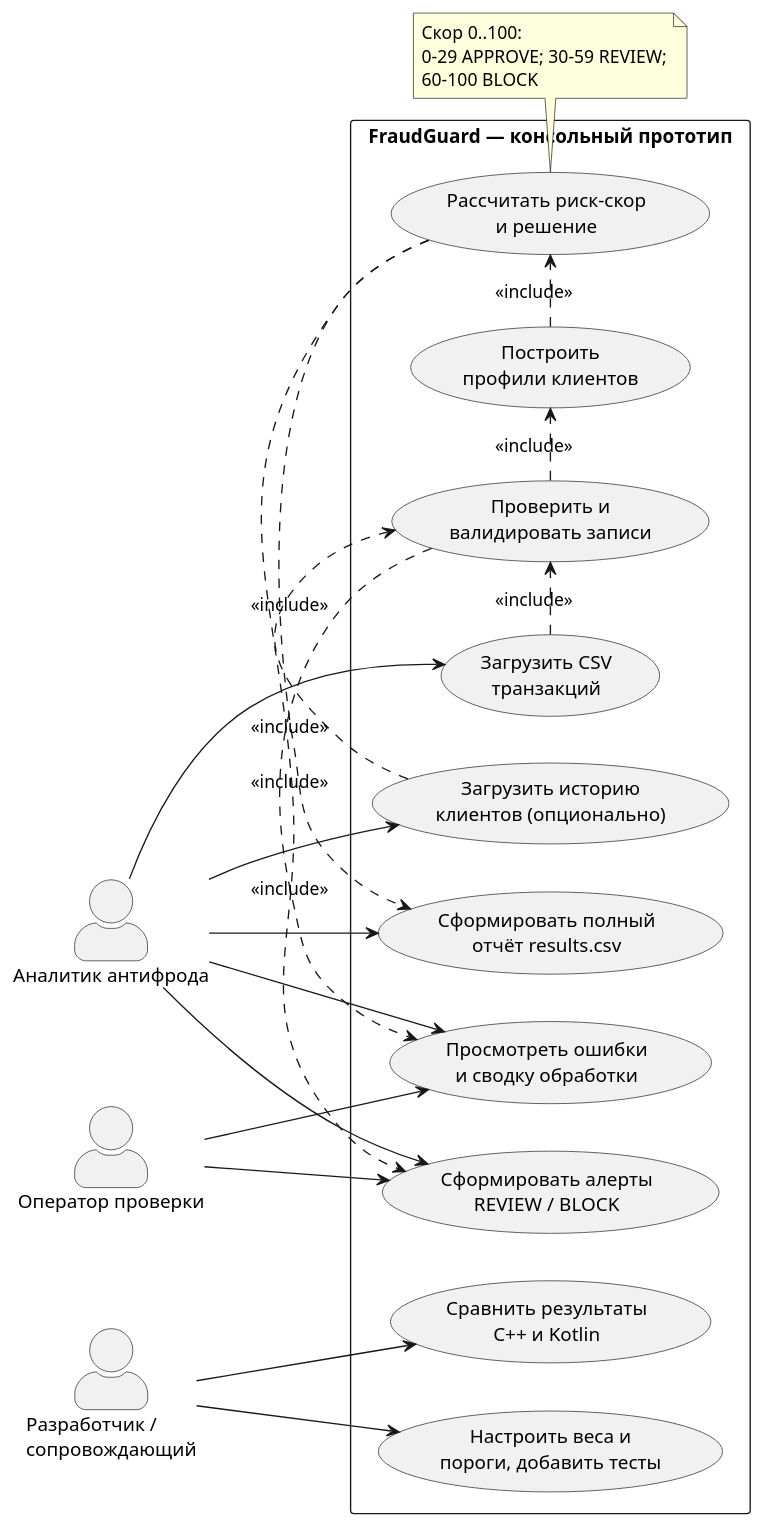
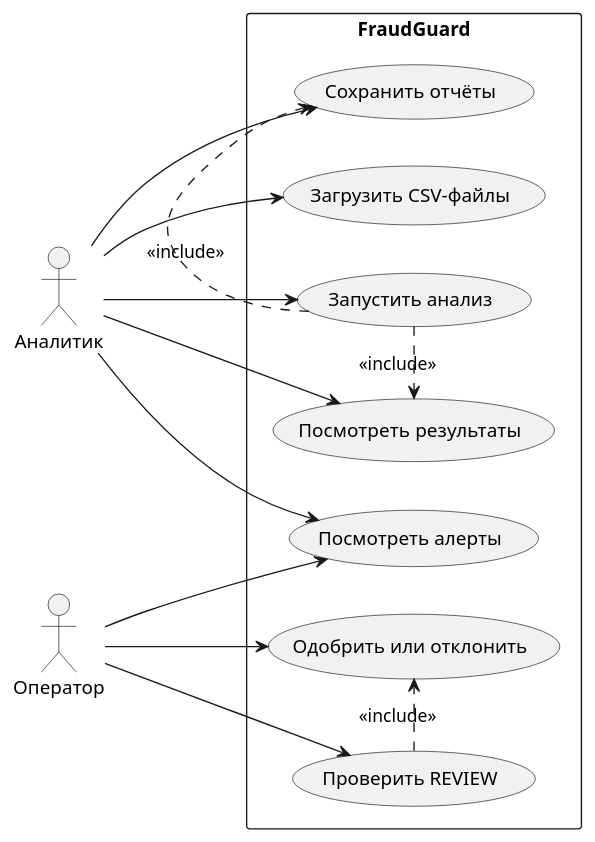
The diagram in docs/uml/use-case.puml (zaharchi52/FraudGuard), drawn with PlantUML before and after one commit. The commit also changed 50 other files, not shown here.

```diff
--- a/docs/uml/use-case.puml
+++ b/docs/uml/use-case.puml
@@ -1,47 +1,33 @@
 @startuml FraudGuard_Use_Case
 left to right direction
+skinparam shadowing false
 skinparam packageStyle rectangle
-skinparam shadowing false
-skinparam actorStyle awesome
 
-actor "Аналитик антифрода" as Analyst
-actor "Оператор проверки" as Operator
-actor "Разработчик /\nсопровождающий" as Maintainer
+actor "Аналитик" as Analyst
+actor "Оператор" as Operator
 
-rectangle "FraudGuard — консольный прототип" {
-  usecase "Загрузить CSV\nтранзакций" as UC1
-  usecase "Загрузить историю\nклиентов (опционально)" as UC2
-  usecase "Проверить и\nвалидировать записи" as UC3
-  usecase "Построить\nпрофили клиентов" as UC4
-  usecase "Рассчитать риск-скор\nи решение" as UC5
-  usecase "Сформировать полный\nотчёт results.csv" as UC6
-  usecase "Сформировать алерты\nREVIEW / BLOCK" as UC7
-  usecase "Просмотреть ошибки\nи сводку обработки" as UC8
-  usecase "Настроить веса и\nпороги, добавить тесты" as UC9
-  usecase "Сравнить результаты\nC++ и Kotlin" as UC10
+rectangle "FraudGuard" {
+  usecase "Загрузить CSV-файлы" as UC1
+  usecase "Запустить анализ" as UC2
+  usecase "Посмотреть результаты" as UC3
+  usecase "Посмотреть алерты" as UC4
+  usecase "Проверить REVIEW" as UC5
+  usecase "Одобрить или отклонить" as UC6
+  usecase "Сохранить отчёты" as UC7
 }
 
 Analyst --> UC1
 Analyst --> UC2
-Analyst --> UC6
+Analyst --> UC3
+Analyst --> UC4
 Analyst --> UC7
-Analyst --> UC8
-Operator --> UC7
-Operator --> UC8
-Maintainer --> UC9
-Maintainer --> UC10
 
-UC1 .> UC3 : <<include>>
+Operator --> UC4
+Operator --> UC5
+Operator --> UC6
+
+UC5 .> UC6 : <<include>>
 UC2 .> UC3 : <<include>>
-UC3 .> UC4 : <<include>>
-UC4 .> UC5 : <<include>>
-UC5 .> UC6 : <<include>>
-UC5 .> UC7 : <<include>>
-UC3 .> UC8 : <<include>>
+UC2 .> UC7 : <<include>>
 
-note bottom of UC5
-Скор 0..100:
-0–29 APPROVE; 30–59 REVIEW;
-60–100 BLOCK
-end note
 @enduml
```
